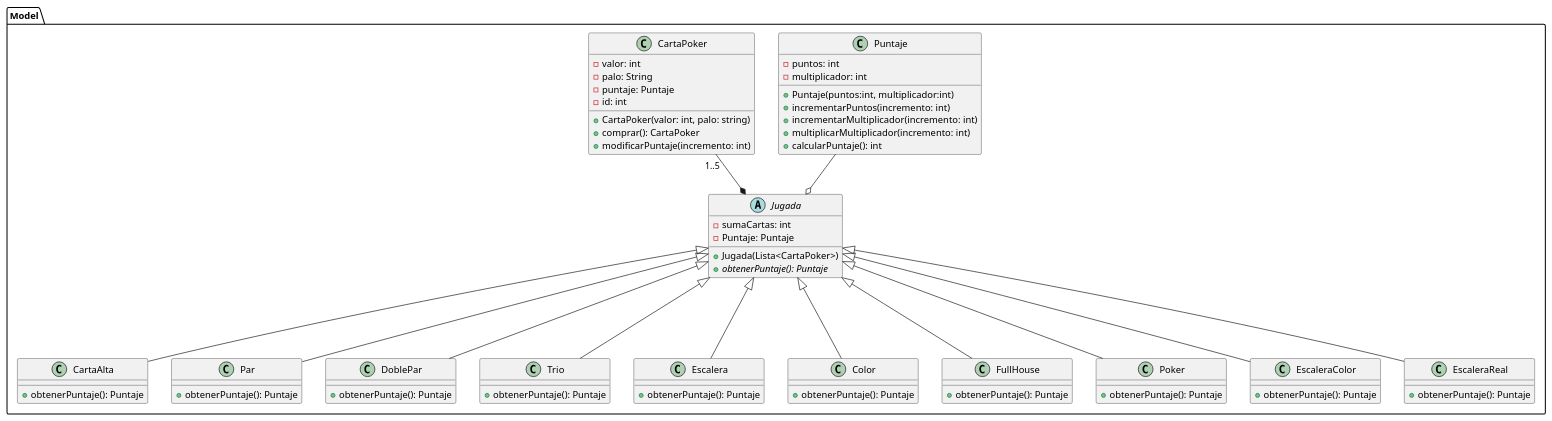
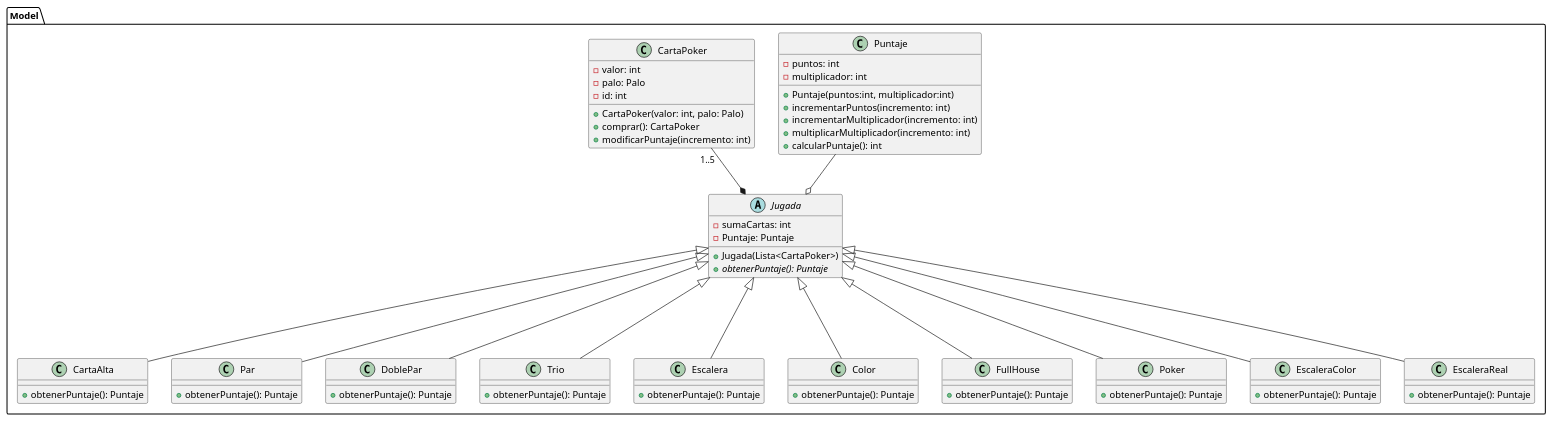
Before and after one commit to carruizdiaz1109/UBAlatro: the diagram in diagrams/classes/clasesBalatro4.puml, drawn with PlantUML. The commit also changed 13 other files, not shown here.

Commit message:
Actualizacion de cambios en diagramas

```diff
--- a/diagrams/classes/clasesBalatro4.puml
+++ b/diagrams/classes/clasesBalatro4.puml
@@ -1,86 +1,85 @@
 @startuml
 package Model {
 
     class Puntaje {
         - puntos: int
         - multiplicador: int
         + Puntaje(puntos:int, multiplicador:int)
         + incrementarPuntos(incremento: int)
         + incrementarMultiplicador(incremento: int)
         + multiplicarMultiplicador(incremento: int)
         + calcularPuntaje(): int
     }
 
    class CartaPoker {
        - valor: int
-       - palo: String
-       - puntaje: Puntaje
+       - palo: Palo
        - id: int
-       + CartaPoker(valor: int, palo: string)
+       + CartaPoker(valor: int, palo: Palo)
        + comprar(): CartaPoker
        + modificarPuntaje(incremento: int)
    }
 
     abstract class Jugada {
         - sumaCartas: int
         - Puntaje: Puntaje
         + Jugada(Lista<CartaPoker>)
         + {abstract} obtenerPuntaje(): Puntaje
     }
 
     class CartaAlta {
         + obtenerPuntaje(): Puntaje
     }
 
     class Par {
     + obtenerPuntaje(): Puntaje
     }
 
     class DoblePar {
     + obtenerPuntaje(): Puntaje
     }
 
     class Trio {
     + obtenerPuntaje(): Puntaje
     }
 
     class Escalera {
     + obtenerPuntaje(): Puntaje
     }
 
     class Color {
     + obtenerPuntaje(): Puntaje
     }
 
     class FullHouse {
     + obtenerPuntaje(): Puntaje
     }
 
     class Poker {
     + obtenerPuntaje(): Puntaje
     }
 
     class EscaleraColor {
     + obtenerPuntaje(): Puntaje
     }
 
     class EscaleraReal {
     + obtenerPuntaje(): Puntaje
     }
 
     Jugada *-up- "1..5"CartaPoker
     Jugada o-up- Puntaje
 
     CartaAlta -up--|> Jugada
     Par -up--|> Jugada
     DoblePar -up--|> Jugada
     Trio -up--|> Jugada
     Escalera -up--|> Jugada
     Color -up--|> Jugada
     FullHouse -up--|> Jugada
     Poker -up--|> Jugada
     EscaleraColor -up--|> Jugada
     EscaleraReal -up--|> Jugada
-    }
+
 }
 @enduml
```
